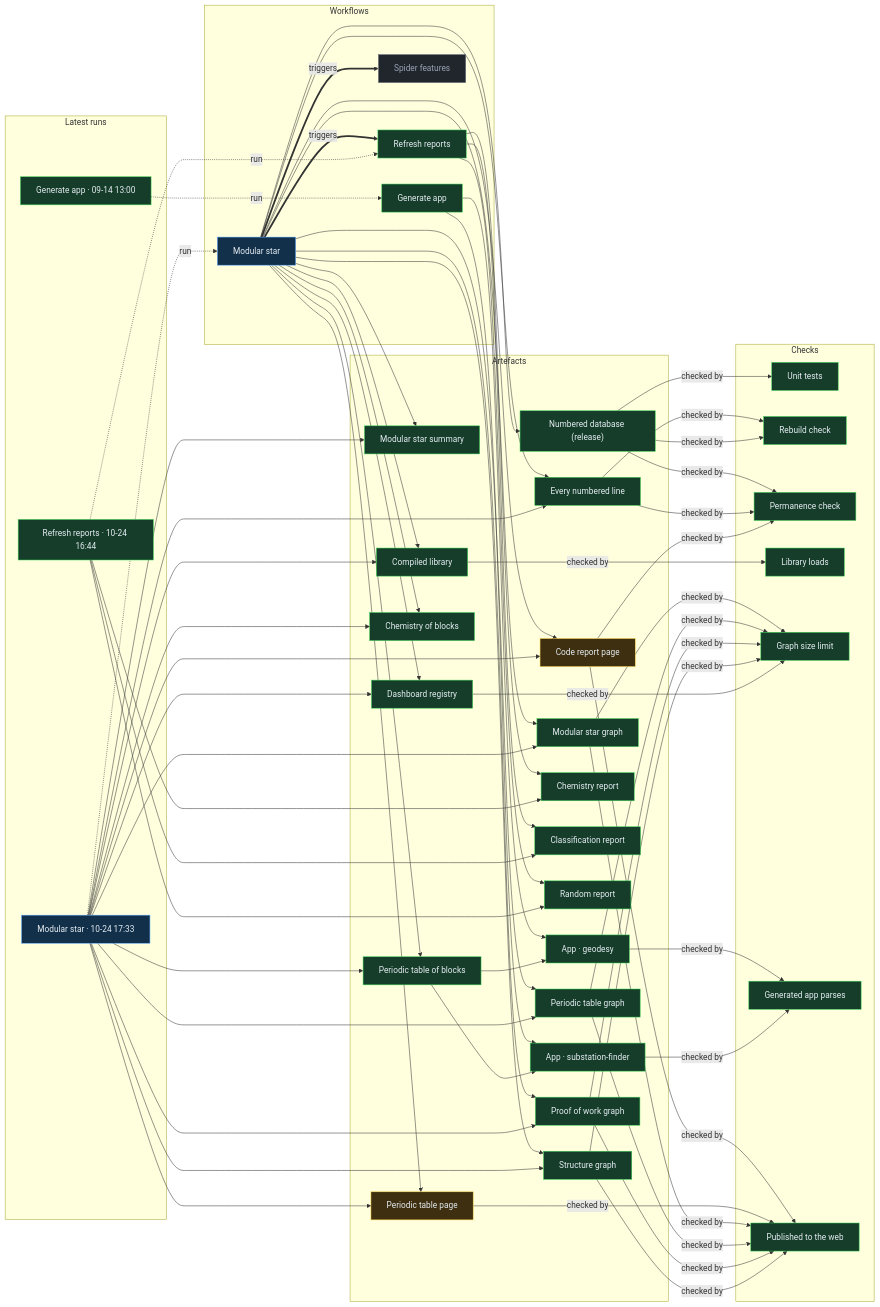
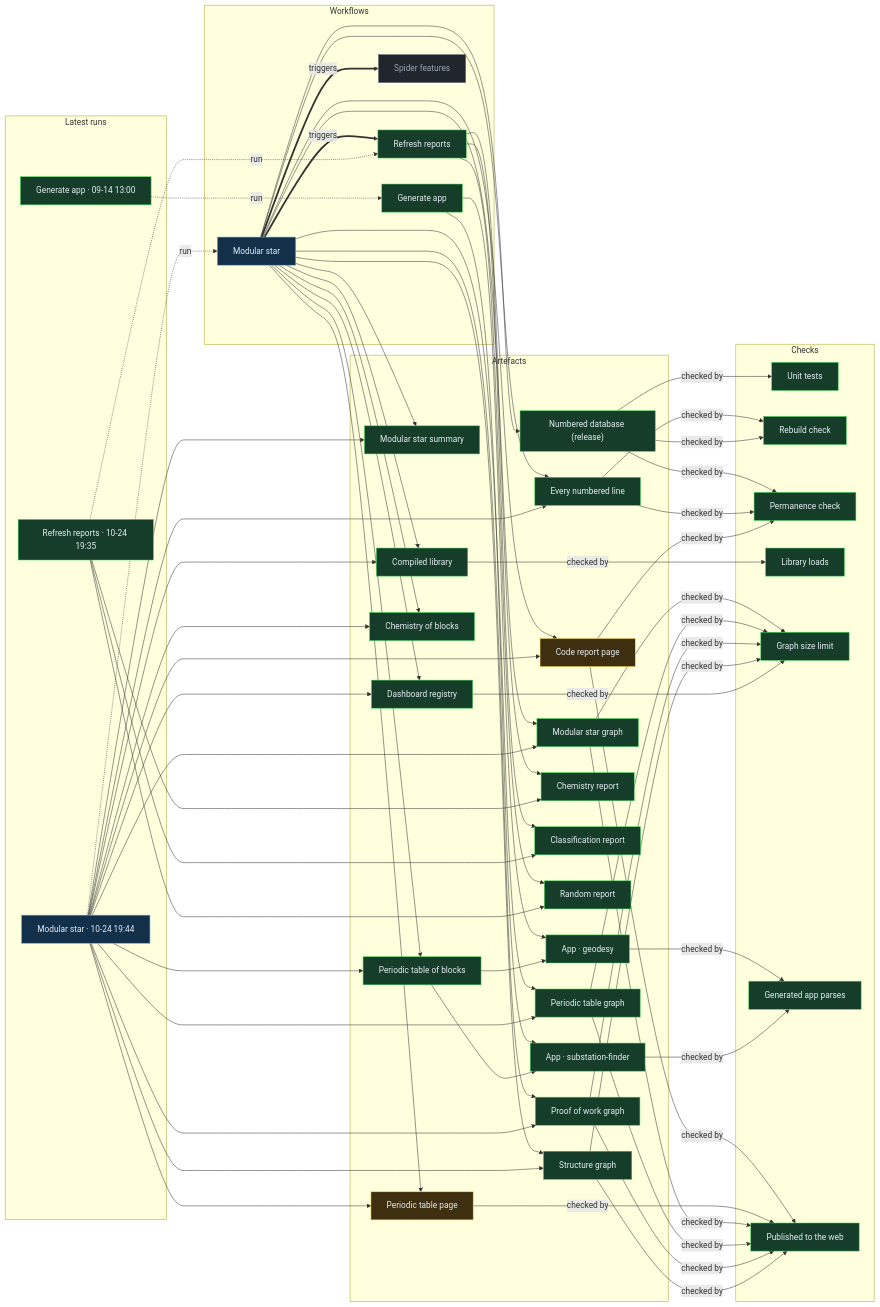
One commit to Ventusltd/stars changed the diagram in proof/PROOF.md. Above: the diagram before and after it, drawn with Mermaid. The commit also changed other lines of this file and 33 other files, not shown here.

Commit message:
Modular star 2026-10-24T19:46Z

```diff
--- a/proof/PROOF.md
+++ b/proof/PROOF.md
@@ -24,8 +24,8 @@
   n_wf_spider_features["Spider features"]:::off
   end
   subgraph g_runs["Latest runs"]
-  n_run_40116665277["Modular star · 10-24 17:33"]:::live
-  n_run_40112945317["Refresh reports · 10-24 16:44"]:::ok
+  n_run_40126653505["Modular star · 10-24 19:44"]:::live
+  n_run_40125954620["Refresh reports · 10-24 19:35"]:::ok
   n_run_34846587798["Generate app · 09-14 13:00"]:::ok
   end
   subgraph g_artefacts["Artefacts"]
@@ -59,39 +59,39 @@
   end
   n_wf_modular_star == triggers ==> n_wf_refresh
   n_wf_modular_star == triggers ==> n_wf_spider_features
-  n_run_40116665277 -. run .-> n_wf_modular_star
-  n_run_40112945317 -. run .-> n_wf_refresh
+  n_run_40126653505 -. run .-> n_wf_modular_star
+  n_run_40125954620 -. run .-> n_wf_refresh
   n_run_34846587798 -. run .-> n_wf_generate
   n_wf_modular_star --> n_art_summary
-  n_run_40116665277 --> n_art_summary
+  n_run_40126653505 --> n_art_summary
   n_wf_modular_star --> n_art_lines
-  n_run_40116665277 --> n_art_lines
+  n_run_40126653505 --> n_art_lines
   n_wf_modular_star --> n_art_code
-  n_run_40116665277 --> n_art_code
+  n_run_40126653505 --> n_art_code
   n_wf_modular_star --> n_art_modular_graph
-  n_run_40116665277 --> n_art_modular_graph
+  n_run_40126653505 --> n_art_modular_graph
   n_wf_modular_star --> n_art_blocks
-  n_run_40116665277 --> n_art_blocks
+  n_run_40126653505 --> n_art_blocks
   n_wf_modular_star --> n_art_table
-  n_run_40116665277 --> n_art_table
+  n_run_40126653505 --> n_art_table
   n_wf_modular_star --> n_art_blocks_graph
-  n_run_40116665277 --> n_art_blocks_graph
+  n_run_40126653505 --> n_art_blocks_graph
   n_wf_modular_star --> n_art_reactions
-  n_run_40116665277 --> n_art_reactions
+  n_run_40126653505 --> n_art_reactions
   n_wf_modular_star --> n_art_library
-  n_run_40116665277 --> n_art_library
+  n_run_40126653505 --> n_art_library
   n_wf_modular_star --> n_art_features
-  n_run_40116665277 --> n_art_features
+  n_run_40126653505 --> n_art_features
   n_wf_modular_star --> n_art_proof
-  n_run_40116665277 --> n_art_proof
+  n_run_40126653505 --> n_art_proof
   n_wf_modular_star --> n_art_structure
-  n_run_40116665277 --> n_art_structure
+  n_run_40126653505 --> n_art_structure
   n_wf_refresh --> n_art_chemistry
-  n_run_40112945317 --> n_art_chemistry
+  n_run_40125954620 --> n_art_chemistry
   n_wf_refresh --> n_art_vedic
-  n_run_40112945317 --> n_art_vedic
+  n_run_40125954620 --> n_art_vedic
   n_wf_refresh --> n_art_random
-  n_run_40112945317 --> n_art_random
+  n_run_40125954620 --> n_art_random
   n_wf_modular_star --> n_art_release
   n_wf_generate --> n_app_geodesy
   n_art_blocks --> n_app_geodesy
```
